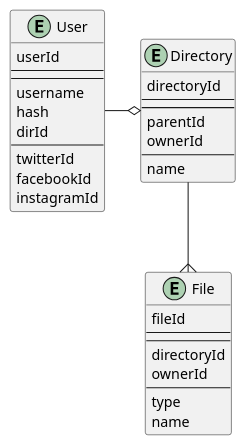
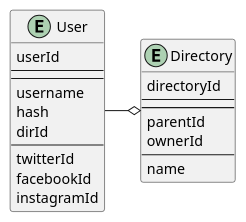
The diagram in Server/DB.puml (syuchan1005/CamelCloud), drawn with PlantUML before and after one commit. The commit also changed 1 other file, not shown here.

```diff
--- a/Server/DB.puml
+++ b/Server/DB.puml
@@ -1,39 +1,27 @@
 @startuml
 
 entity User {
 userId
 ----
 ----
 username
 hash
 dirId
 ----
 twitterId
 facebookId
 instagramId
 }
 
-entity File {
-fileId
-----
-----
-directoryId
-ownerId
-----
-type
-name
-}
-
 entity Directory {
 directoryId
 ----
 ----
 parentId
 ownerId
 ----
 name
 }
 
 User -o Directory
-Directory --{ File
 @enduml
```
